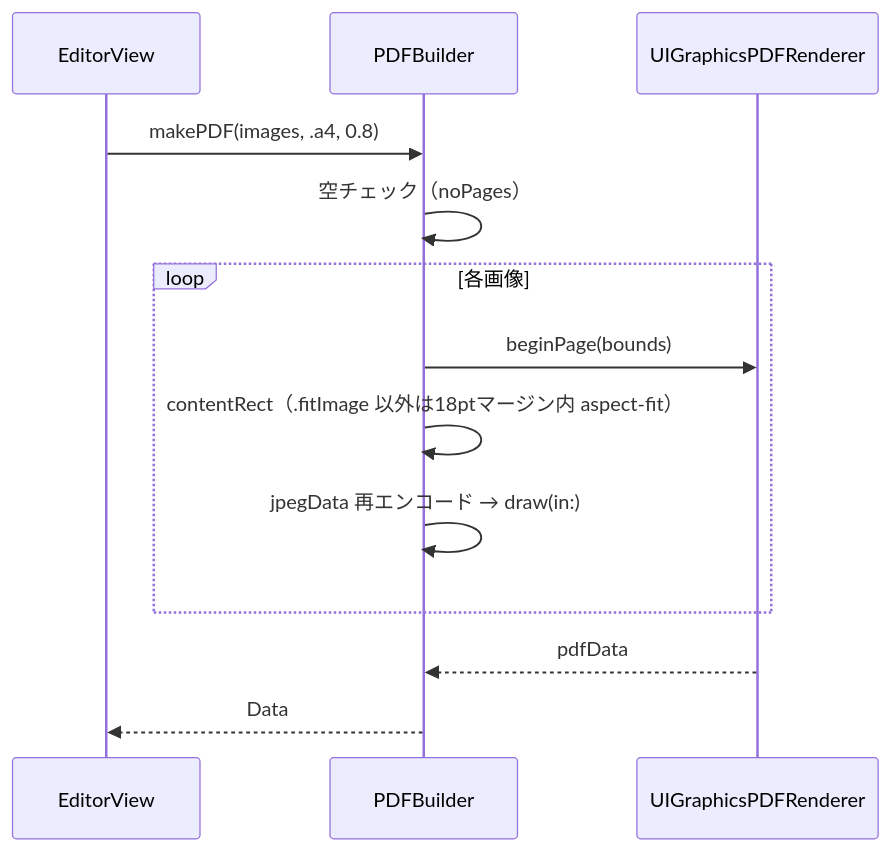
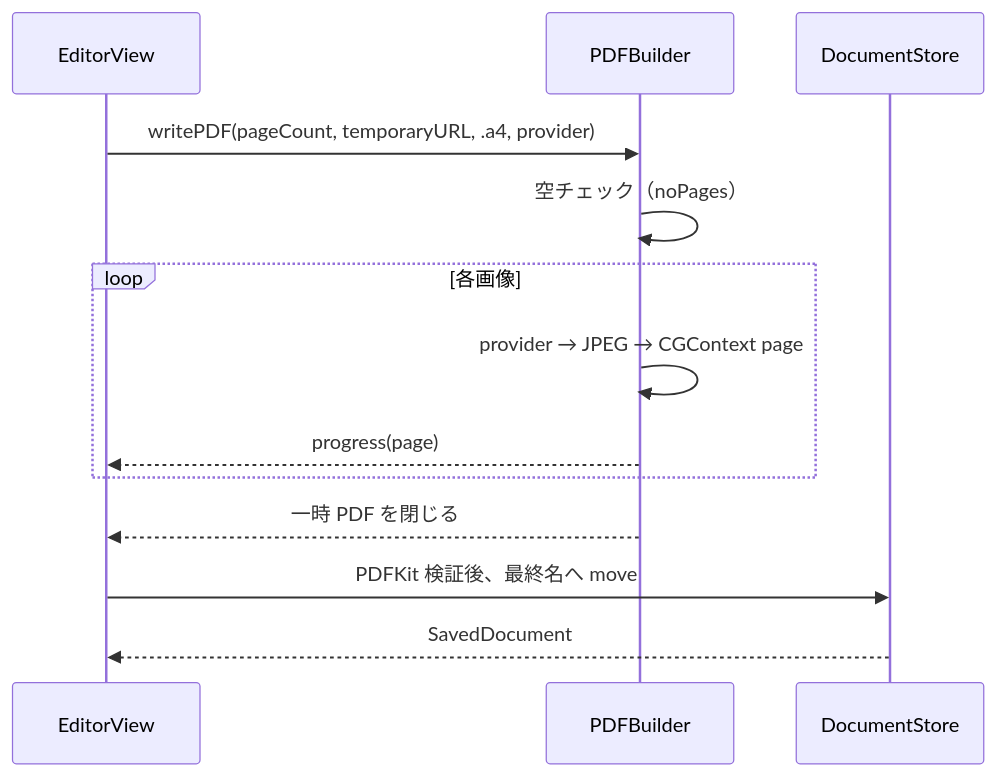
Before and after one commit to gomurin0428/DocScanner: the second of 2 diagrams in DocScanner/PDF/README.md, drawn with Mermaid. The commit also changed other lines of this file and 28 other files, not shown here.

````diff
--- a/DocScanner/PDF/README.md
+++ b/DocScanner/PDF/README.md
@@ -30,15 +34,15 @@
 ```mermaid
-sequenceDiagram
+    sequenceDiagram
     participant Ed as EditorView
     participant B as PDFBuilder
-    participant R as UIGraphicsPDFRenderer
-    Ed->>B: makePDF(images, .a4, 0.8)
+    participant Store as DocumentStore
+    Ed->>B: writePDF(pageCount, temporaryURL, .a4, provider)
     B->>B: 空チェック（noPages）
     loop 各画像
-        B->>R: beginPage(bounds)
-        B->>B: contentRect（.fitImage 以外は18ptマージン内 aspect-fit）
-        B->>B: jpegData 再エンコード → draw(in:)
+        B->>B: provider → JPEG → CGContext page
+        B-->>Ed: progress(page)
     end
-    R-->>B: pdfData
-    B-->>Ed: Data
+    B-->>Ed: 一時 PDF を閉じる
+    Ed->>Store: PDFKit 検証後、最終名へ move
+    Store-->>Ed: SavedDocument
 ```
````
